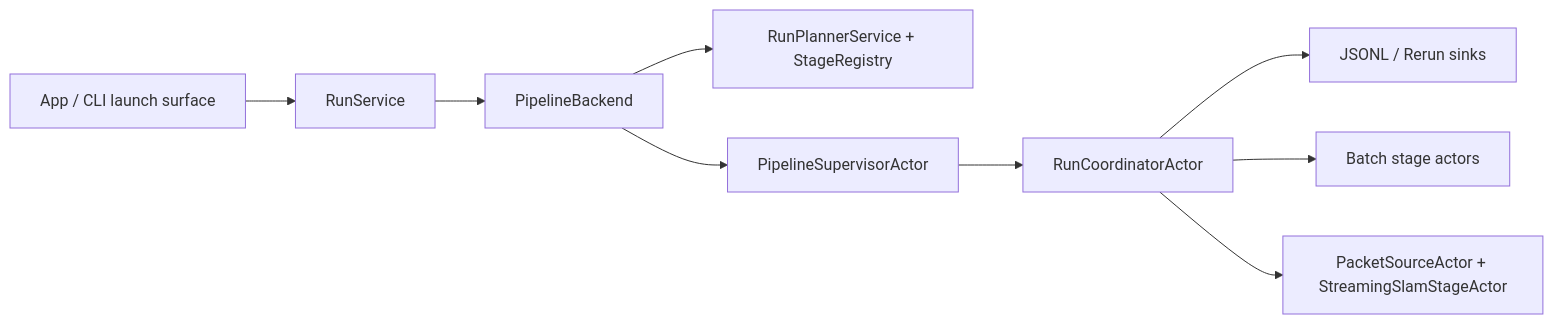
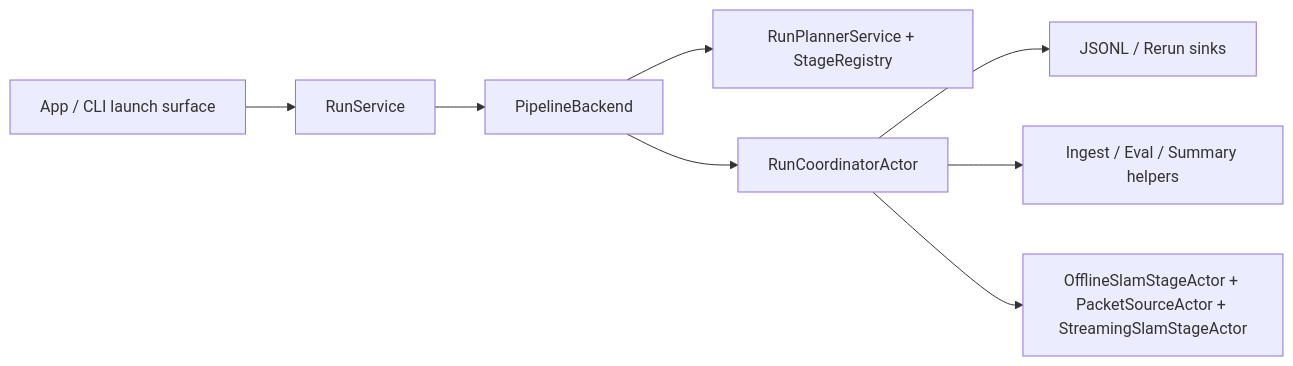
One commit to JanDuchscherer104/prml-vslam changed the first of 2 diagrams in src/prml_vslam/pipeline/README.md. Above: the diagram before and after it, drawn with Mermaid. The commit also changed other lines of this file and 60 other files, not shown here.

````diff
--- a/src/prml_vslam/pipeline/README.md
+++ b/src/prml_vslam/pipeline/README.md
@@ -80,11 +80,10 @@
 ```mermaid
 flowchart LR
     app["App / CLI launch surface"] --> service["RunService"]
     service --> backend["PipelineBackend"]
     backend --> planner["RunPlannerService + StageRegistry"]
-    backend --> supervisor["PipelineSupervisorActor"]
-    supervisor --> coord["RunCoordinatorActor"]
+    backend --> coord["RunCoordinatorActor"]
     coord --> sinks["JSONL / Rerun sinks"]
-    coord --> batch["Batch stage actors"]
-    coord --> stream["PacketSourceActor + StreamingSlamStageActor"]
+    coord --> helpers["Ingest / Eval / Summary helpers"]
+    coord --> stream["OfflineSlamStageActor + PacketSourceActor + StreamingSlamStageActor"]
 ```
````
